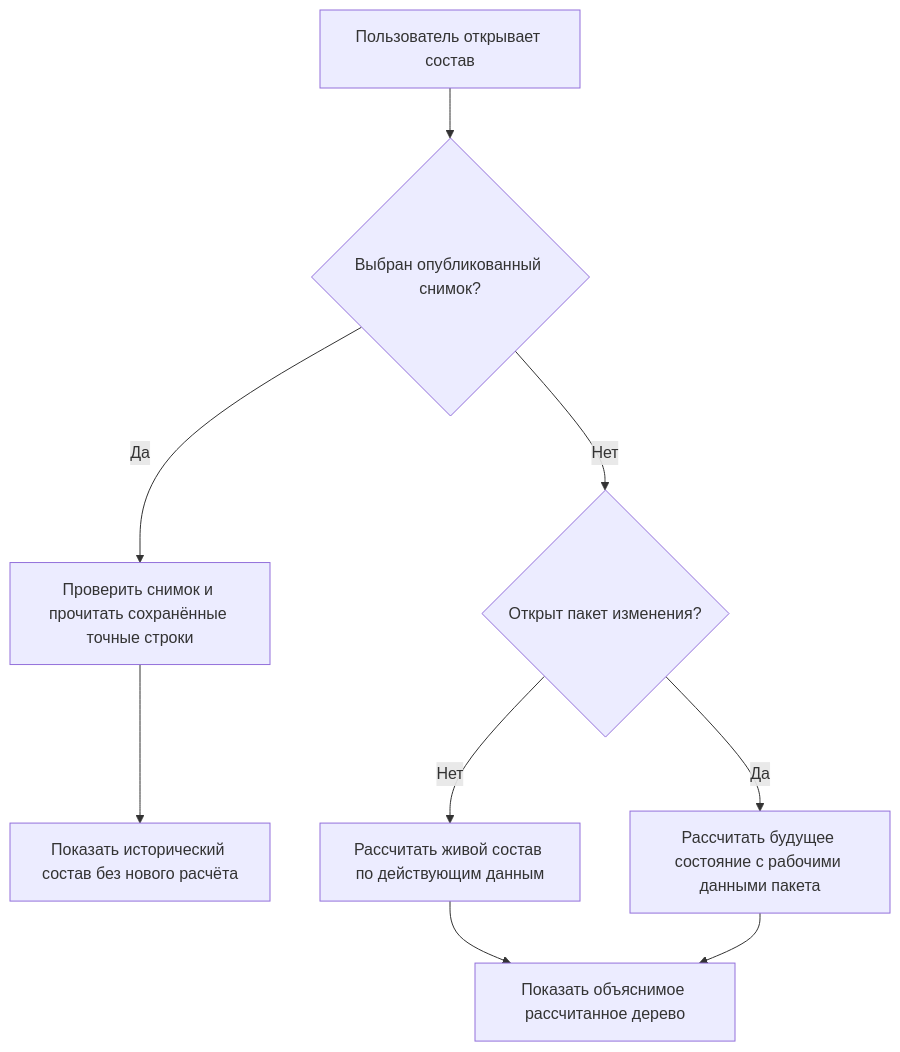
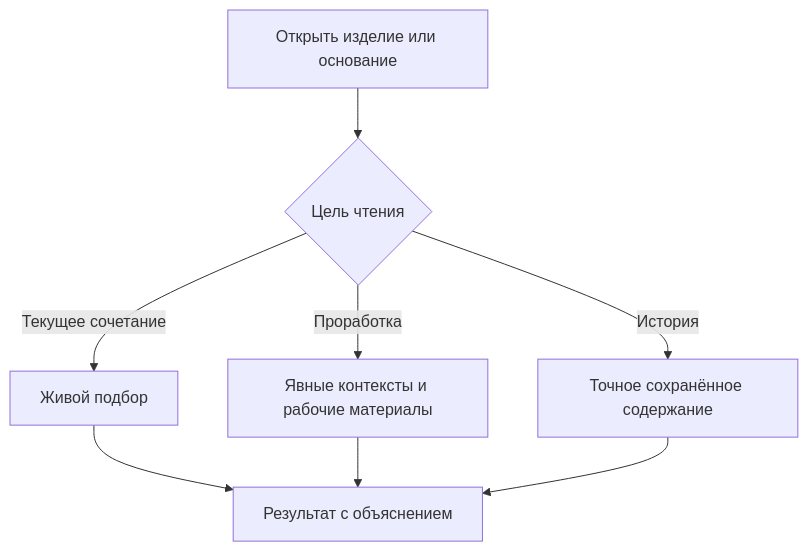
The first of 3 diagrams in docs/version-selection/18-user-operating-model.md (ZelAnton/Interlink-product-book), drawn with Mermaid before and after one commit. The commit also changed other lines of this file and 231 other files, not shown here.

````diff
--- a/docs/version-selection/18-user-operating-model.md
+++ b/docs/version-selection/18-user-operating-model.md
@@ -35,11 +31,10 @@
 ```mermaid
 flowchart TD
-    A["Пользователь открывает состав"] --> B{"Выбран опубликованный снимок?"}
-    B -->|"Да"| C["Проверить снимок и прочитать сохранённые точные строки"]
-    C --> D["Показать исторический состав без нового расчёта"]
-    B -->|"Нет"| E{"Открыт пакет изменения?"}
-    E -->|"Нет"| F["Рассчитать живой состав по действующим данным"]
-    E -->|"Да"| G["Рассчитать будущее состояние с рабочими данными пакета"]
-    F --> H["Показать объяснимое рассчитанное дерево"]
-    G --> H
+    A["Открыть изделие или основание"] --> B{"Цель чтения"}
+    B -->|"Текущее сочетание"| C["Живой подбор"]
+    B -->|"Проработка"| D["Явные контексты и рабочие материалы"]
+    B -->|"История"| E["Точное сохранённое содержание"]
+    C --> F["Результат с объяснением"]
+    D --> F
+    E --> F
 ```
````
